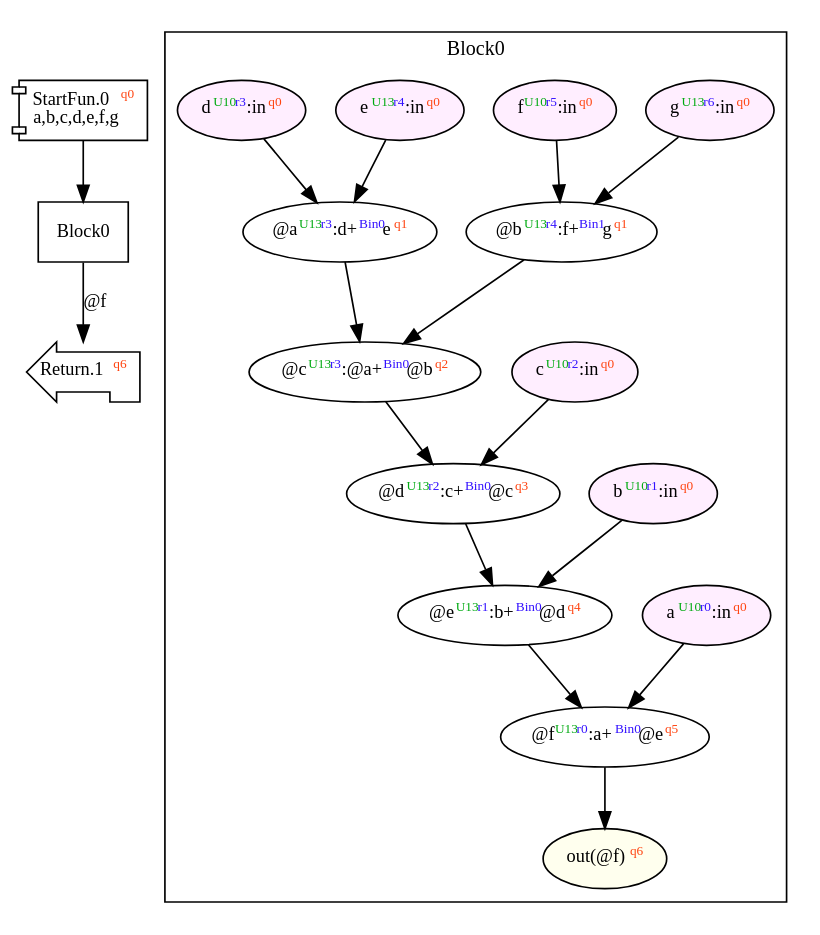
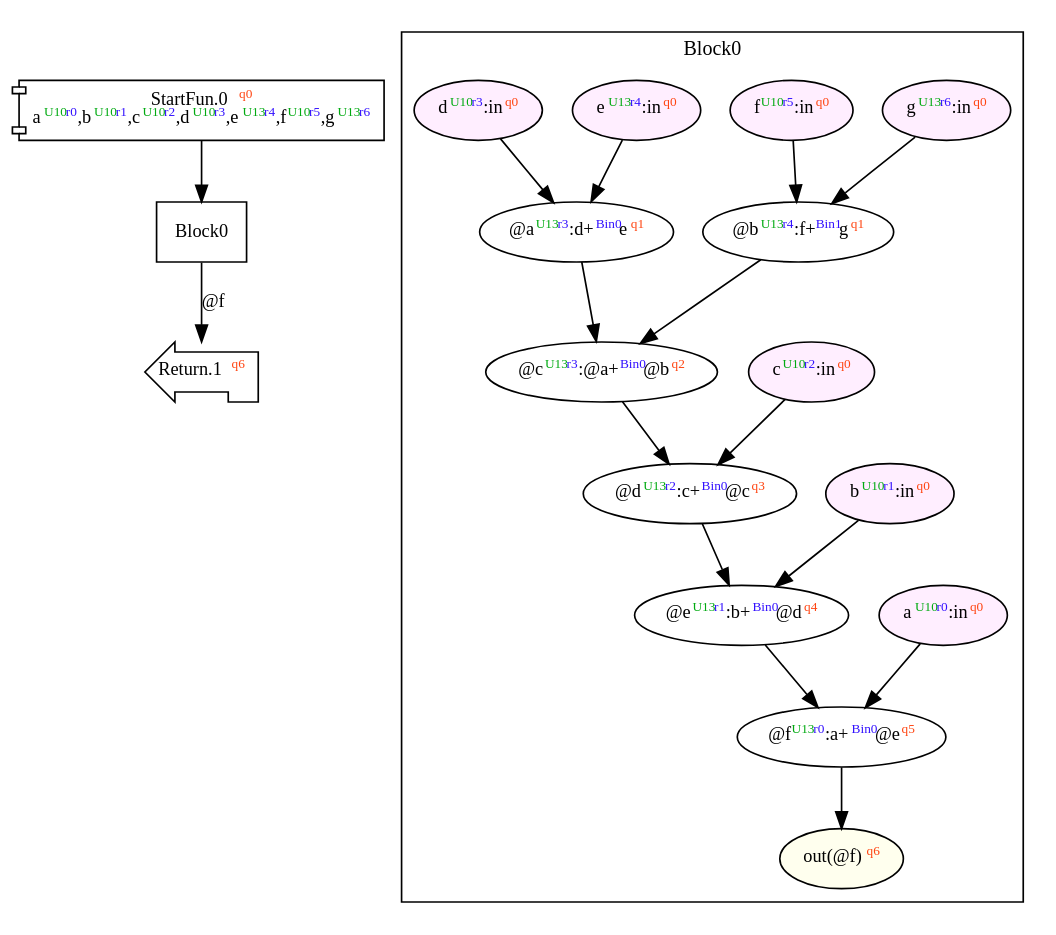
Before and after one commit to akouryy/SyntheScala: the diagram in dist/add7.dot, drawn with Graphviz. The commit also changed 30 other files, not shown here.

```diff
--- a/dist/add7.dot
+++ b/dist/add7.dot
@@ -1,41 +1,41 @@
 digraph Program_ {
   graph [fontname = "Monaco", fontsize = 12, ranksep = 0.5];
   node [shape = box, fontname = "Monaco", fontsize = 11; colorscheme = pastel19];
   edge [fontname = "Monaco", fontsize = 11; colorscheme = pastel19];
-  Jump0[label = <StartFun.0<font color="#ff4411" point-size="8"><sup>q0</sup></font><br/>a,b,c,d,e,f,g>; shape = component];
+  Jump0[label = <StartFun.0<font color="#ff4411" point-size="8"><sup>q0</sup></font><br/>a<font color="#00aa11" point-size="8"><sup>U10</sup></font><font color="#3311ff" point-size="8"><sup>r0</sup></font>,b<font color="#00aa11" point-size="8"><sup>U10</sup></font><font color="#3311ff" point-size="8"><sup>r1</sup></font>,c<font color="#00aa11" point-size="8"><sup>U10</sup></font><font color="#3311ff" point-size="8"><sup>r2</sup></font>,d<font color="#00aa11" point-size="8"><sup>U10</sup></font><font color="#3311ff" point-size="8"><sup>r3</sup></font>,e<font color="#00aa11" point-size="8"><sup>U13</sup></font><font color="#3311ff" point-size="8"><sup>r4</sup></font>,f<font color="#00aa11" point-size="8"><sup>U10</sup></font><font color="#3311ff" point-size="8"><sup>r5</sup></font>,g<font color="#00aa11" point-size="8"><sup>U13</sup></font><font color="#3311ff" point-size="8"><sup>r6</sup></font>>; shape = component];
   Jump0 -> Block0;
   Jump1[label = <Return.1<font color="#ff4411" point-size="8"><sup>q6</sup></font>>; shape = lpromoter];
   Block0 -> Jump1 [label="@f"];
   Block0 [label = "Block0"];
   subgraph cluster_dfg_Block0 {
     node [shape = oval];
     label = "Block0";
     0 [label=<@a<font color="#00aa11" point-size="8"><sup>U13</sup></font><font color="#3311ff" point-size="8"><sup>r3</sup></font>:d+<font color="#3311ff" point-size="8"><sup>Bin0</sup></font>e<font color="#ff4411" point-size="8"><sup>q1</sup></font>>; ];
     5 [label=<@f<font color="#00aa11" point-size="8"><sup>U13</sup></font><font color="#3311ff" point-size="8"><sup>r0</sup></font>:a+<font color="#3311ff" point-size="8"><sup>Bin0</sup></font>@e<font color="#ff4411" point-size="8"><sup>q5</sup></font>>; ];
     10 [label=<b<font color="#00aa11" point-size="8"><sup>U10</sup></font><font color="#3311ff" point-size="8"><sup>r1</sup></font>:in<font color="#ff4411" point-size="8"><sup>q0</sup></font>>; style="filled"; fillcolor="#ffeeff";];
     1 [label=<@b<font color="#00aa11" point-size="8"><sup>U13</sup></font><font color="#3311ff" point-size="8"><sup>r4</sup></font>:f+<font color="#3311ff" point-size="8"><sup>Bin1</sup></font>g<font color="#ff4411" point-size="8"><sup>q1</sup></font>>; ];
     6 [label=<a<font color="#00aa11" point-size="8"><sup>U10</sup></font><font color="#3311ff" point-size="8"><sup>r0</sup></font>:in<font color="#ff4411" point-size="8"><sup>q0</sup></font>>; style="filled"; fillcolor="#ffeeff";];
     9 [label=<g<font color="#00aa11" point-size="8"><sup>U13</sup></font><font color="#3311ff" point-size="8"><sup>r6</sup></font>:in<font color="#ff4411" point-size="8"><sup>q0</sup></font>>; style="filled"; fillcolor="#ffeeff";];
     13 [label=<out(@f)<font color="#ff4411" point-size="8"><sup>q6</sup></font>>; style="filled"; fillcolor="#ffffee";];
     2 [label=<@c<font color="#00aa11" point-size="8"><sup>U13</sup></font><font color="#3311ff" point-size="8"><sup>r3</sup></font>:@a+<font color="#3311ff" point-size="8"><sup>Bin0</sup></font>@b<font color="#ff4411" point-size="8"><sup>q2</sup></font>>; ];
     12 [label=<c<font color="#00aa11" point-size="8"><sup>U10</sup></font><font color="#3311ff" point-size="8"><sup>r2</sup></font>:in<font color="#ff4411" point-size="8"><sup>q0</sup></font>>; style="filled"; fillcolor="#ffeeff";];
     7 [label=<d<font color="#00aa11" point-size="8"><sup>U10</sup></font><font color="#3311ff" point-size="8"><sup>r3</sup></font>:in<font color="#ff4411" point-size="8"><sup>q0</sup></font>>; style="filled"; fillcolor="#ffeeff";];
     3 [label=<@d<font color="#00aa11" point-size="8"><sup>U13</sup></font><font color="#3311ff" point-size="8"><sup>r2</sup></font>:c+<font color="#3311ff" point-size="8"><sup>Bin0</sup></font>@c<font color="#ff4411" point-size="8"><sup>q3</sup></font>>; ];
     11 [label=<f<font color="#00aa11" point-size="8"><sup>U10</sup></font><font color="#3311ff" point-size="8"><sup>r5</sup></font>:in<font color="#ff4411" point-size="8"><sup>q0</sup></font>>; style="filled"; fillcolor="#ffeeff";];
     8 [label=<e<font color="#00aa11" point-size="8"><sup>U13</sup></font><font color="#3311ff" point-size="8"><sup>r4</sup></font>:in<font color="#ff4411" point-size="8"><sup>q0</sup></font>>; style="filled"; fillcolor="#ffeeff";];
     4 [label=<@e<font color="#00aa11" point-size="8"><sup>U13</sup></font><font color="#3311ff" point-size="8"><sup>r1</sup></font>:b+<font color="#3311ff" point-size="8"><sup>Bin0</sup></font>@d<font color="#ff4411" point-size="8"><sup>q4</sup></font>>; ];
     0 -> 2;
     1 -> 2;
     2 -> 3;
     3 -> 4;
     4 -> 5;
     5 -> 13;
     6 -> 5;
     7 -> 0;
     8 -> 0;
     9 -> 1;
     10 -> 4;
     11 -> 1;
     12 -> 3;
   }
 }
```
